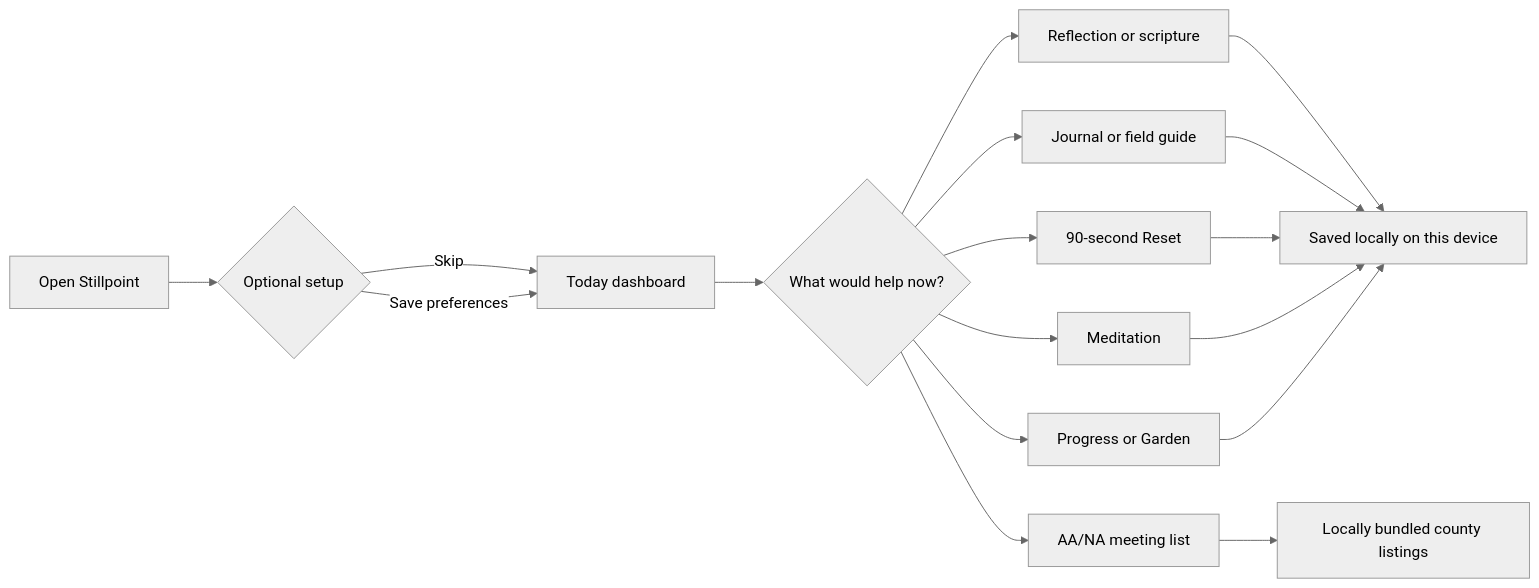
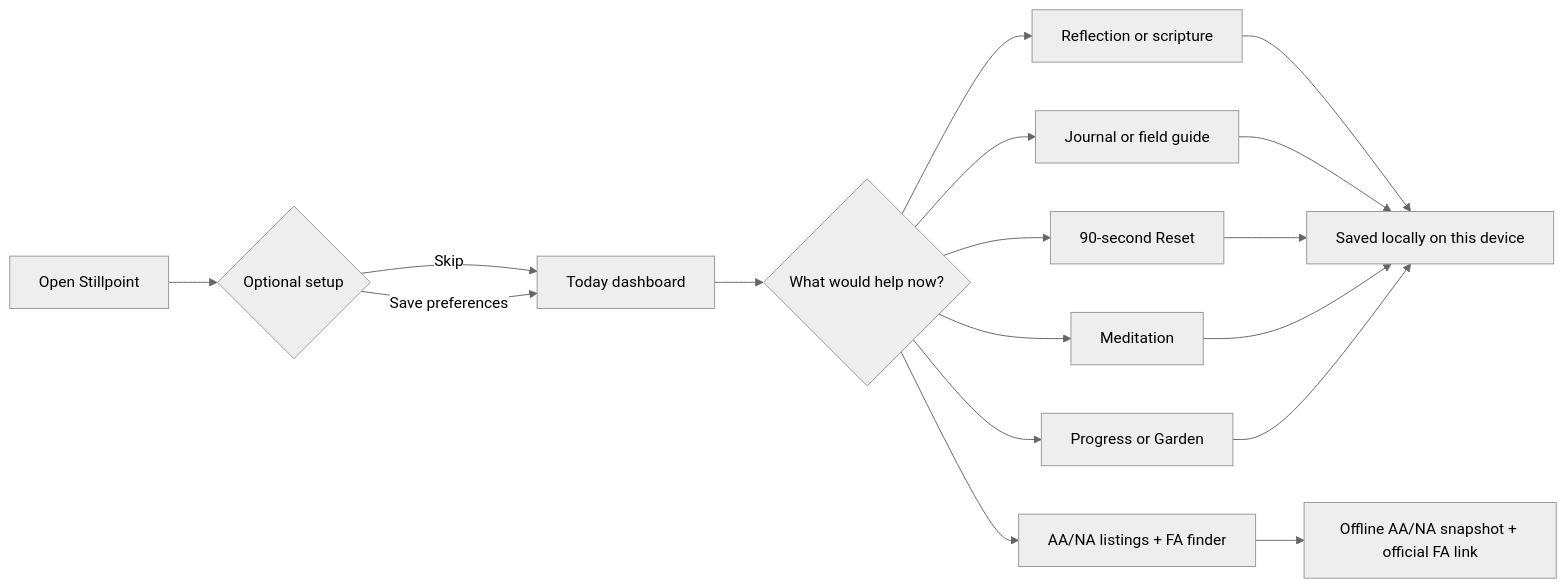
Before and after one commit to mcochranca-code/stillpoint-recovery: the first of 4 diagrams in README.md, drawn with Mermaid (neutral theme). The commit also changed other lines of this file and 11 other files, not shown here.

````diff
--- a/README.md
+++ b/README.md
@@ -57,19 +57,19 @@
 ```mermaid
 flowchart LR
     Open[Open Stillpoint] --> Setup{Optional setup}
     Setup -->|Skip| Today[Today dashboard]
     Setup -->|Save preferences| Today
     Today --> Choice{What would help now?}
     Choice --> Reflect[Reflection or scripture]
     Choice --> Write[Journal or field guide]
     Choice --> Reset[90-second Reset]
     Choice --> Practice[Meditation]
     Choice --> Review[Progress or Garden]
-    Choice --> Meet[AA/NA meeting list]
-    Meet --> Snapshot[Locally bundled county listings]
+    Choice --> Meet[AA/NA listings + FA finder]
+    Meet --> Snapshot[Offline AA/NA snapshot + official FA link]
     Reflect --> Local[Saved locally on this device]
     Write --> Local
     Reset --> Local
     Practice --> Local
     Review --> Local
 ```
````
